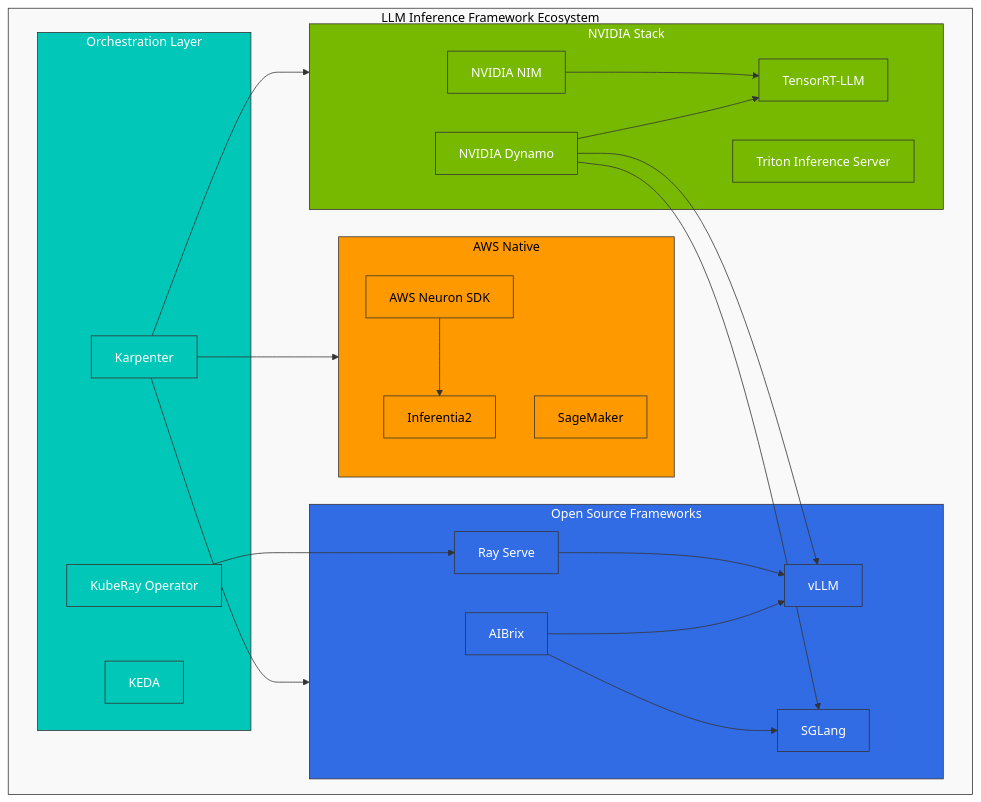
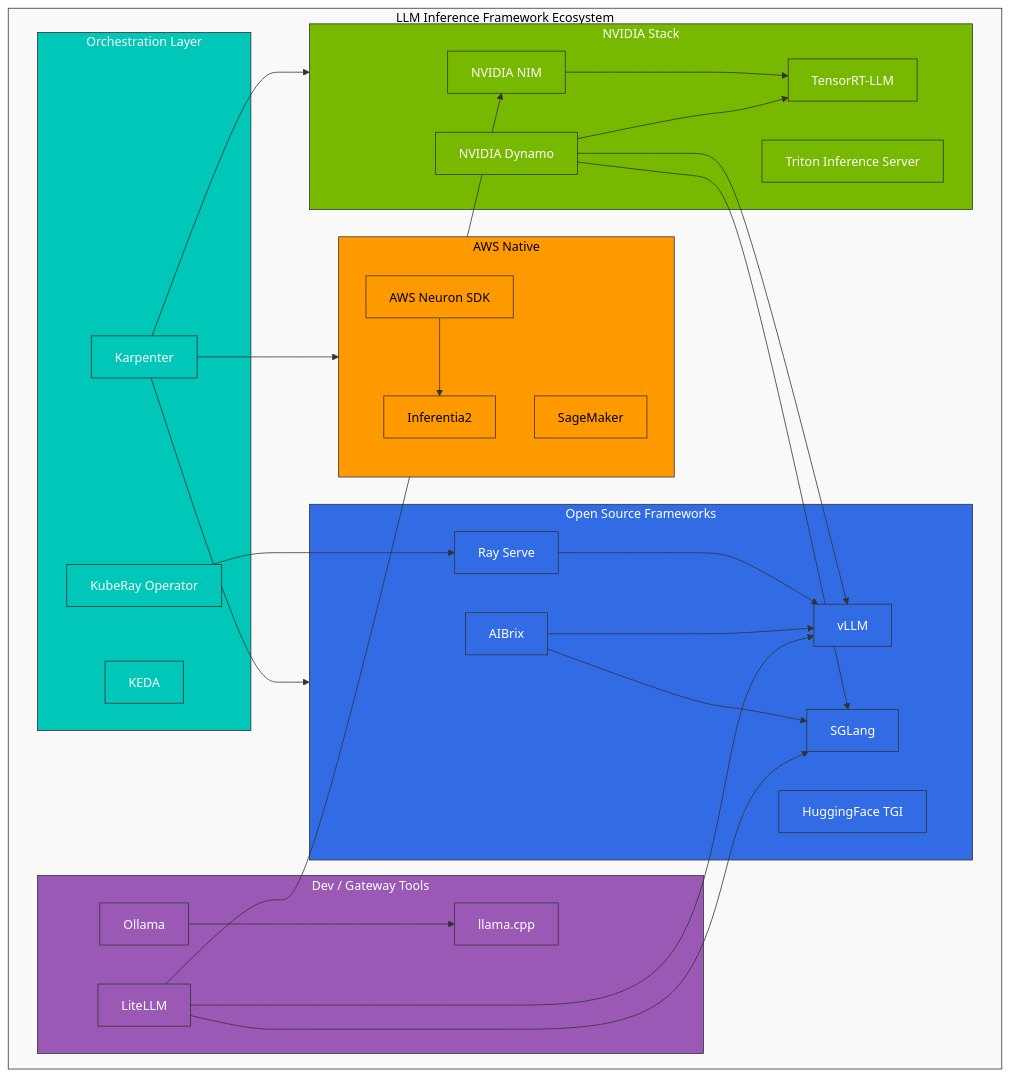
Before and after one commit to Atom-oh/kubernetes-docs: the first of 4 diagrams in en/ai-ml/04-inference-frameworks.md, drawn with Mermaid. The commit also changed other lines of this file and 7 other files, not shown here.

First line of the commit message:
docs: reorganize AI/ML lecture flow and enhance vLLM/open-source coverage

````diff
--- a/en/ai-ml/04-inference-frameworks.md
+++ b/en/ai-ml/04-inference-frameworks.md
@@ -12,57 +12,70 @@
 ```mermaid
 flowchart TD
     subgraph Ecosystem [LLM Inference Framework Ecosystem]
         subgraph NVIDIAStack [NVIDIA Stack]
             NIM[NVIDIA NIM]
             Dynamo[NVIDIA Dynamo]
             TensorRTLLM[TensorRT-LLM]
             Triton[Triton Inference Server]
         end
 
         subgraph OpenSource [Open Source Frameworks]
             vLLM[vLLM]
             SGLang[SGLang]
+            TGI[HuggingFace TGI]
             AIBrix[AIBrix]
             RayServe[Ray Serve]
+        end
+
+        subgraph DevTools [Dev / Gateway Tools]
+            Ollama[Ollama]
+            LiteLLM[LiteLLM]
+            LlamaCpp[llama.cpp]
         end
 
         subgraph AWSNative [AWS Native]
             Neuron[AWS Neuron SDK]
             Inferentia[Inferentia2]
             SageMaker[SageMaker]
         end
 
         subgraph Orchestration [Orchestration Layer]
             KubeRay[KubeRay Operator]
             Karpenter[Karpenter]
             KEDA[KEDA]
         end
     end
 
     NIM --> TensorRTLLM
     Dynamo --> vLLM
     Dynamo --> SGLang
     Dynamo --> TensorRTLLM
     RayServe --> vLLM
     AIBrix --> vLLM
     AIBrix --> SGLang
 
     Neuron --> Inferentia
+    LiteLLM --> vLLM
+    LiteLLM --> SGLang
+    LiteLLM --> NIM
+    Ollama --> LlamaCpp
 
     KubeRay --> RayServe
     Karpenter --> NVIDIAStack
     Karpenter --> OpenSource
     Karpenter --> AWSNative
 
     classDef nvidiaNode fill:#76B900,stroke:#333,stroke-width:1px,color:white;
     classDef ossNode fill:#326CE5,stroke:#333,stroke-width:1px,color:white;
     classDef awsNode fill:#FF9900,stroke:#333,stroke-width:1px,color:black;
     classDef orchNode fill:#00C7B7,stroke:#333,stroke-width:1px,color:white;
+    classDef devToolNode fill:#9B59B6,stroke:#333,stroke-width:1px,color:white;
     classDef default fill:#f9f9f9,stroke:#333,stroke-width:1px,color:black;
 
     class NIM,Dynamo,TensorRTLLM,Triton,NVIDIAStack nvidiaNode;
-    class vLLM,SGLang,AIBrix,RayServe,OpenSource ossNode;
+    class vLLM,SGLang,TGI,AIBrix,RayServe,OpenSource ossNode;
     class Neuron,Inferentia,SageMaker,AWSNative awsNode;
     class KubeRay,Karpenter,KEDA,Orchestration orchNode;
+    class Ollama,LiteLLM,LlamaCpp,DevTools devToolNode;
     class Ecosystem default;
 ```
````
